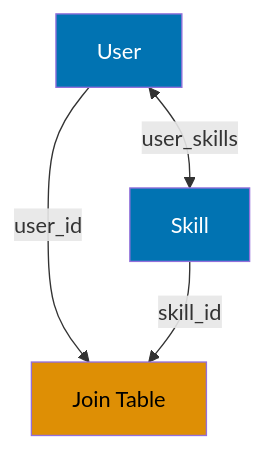
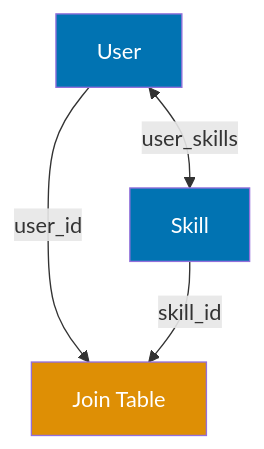
The tenth of 13 diagrams in apps/ayokoding-web/content/en/learn/software-engineering/data/tools/elixir-ecto/by-example/intermediate.md (wahidyankf/open-sharia-enterprise), drawn with Mermaid before and after one commit. The commit also changed other lines of this file and 61 other files, not shown here.

First line of the commit message:
fix(ayokoding-web): quote Mermaid node labels with special characters in Example 63

````diff
--- a/apps/ayokoding-web/content/en/learn/software-engineering/data/tools/elixir-ecto/by-example/intermediate.md
+++ b/apps/ayokoding-web/content/en/learn/software-engineering/data/tools/elixir-ecto/by-example/intermediate.md
@@ -1324,12 +1324,12 @@
 ```mermaid
 %% Color Palette: Blue #0173B2, Orange #DE8F05, Teal #029E73, Purple #CC78BC, Brown #CA9161
 %%  many_to_many Association
 graph TD
     A[User] <-->|user_skills| B[Skill]
     A -->|user_id| C[Join Table]
     B -->|skill_id| C
 
     style A fill:#0173B2,color:#fff
     style B fill:#0173B2,color:#fff
-    style C fill:#DE8F05,color:#000
+    style C fill:#DE8F05,color:#fff
 ```
````
